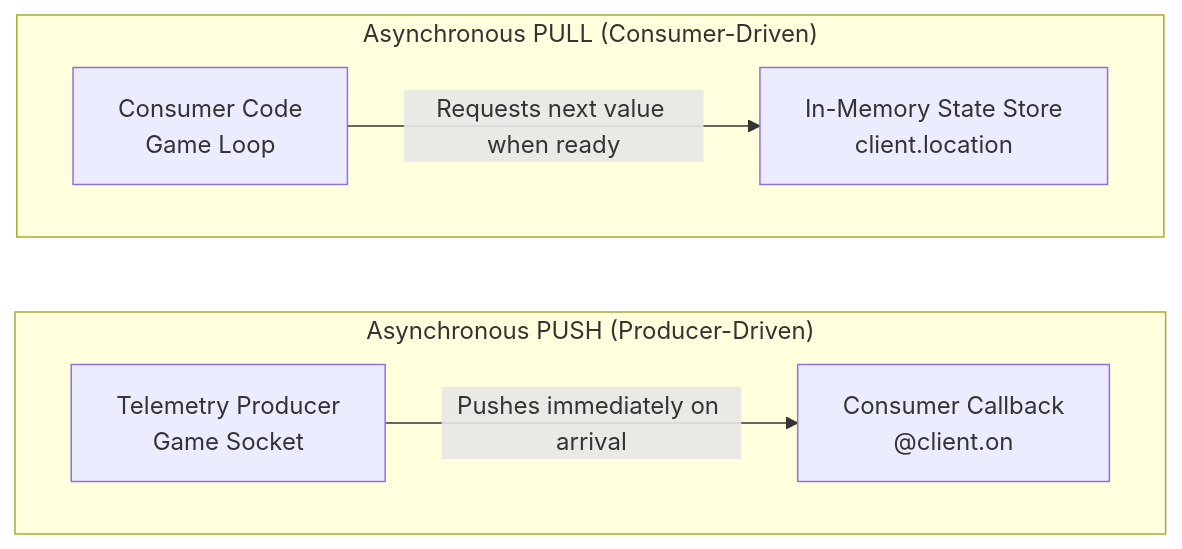
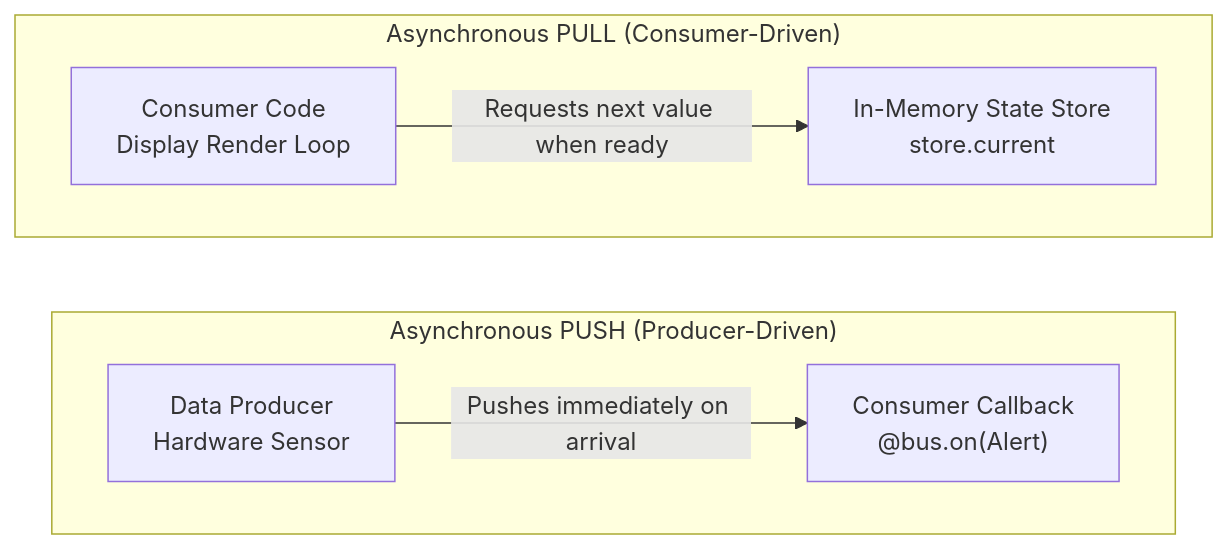
Before and after one commit to mnaatjes/ed-fleet-client: the tenth of 10 diagrams in architecture/notes/event_driven_telemetry_and_state_fundamentals.md, drawn with Mermaid. The commit also changed other lines of this file, not shown here.

Commit message:
docs(architecture): rewrite fundamentals primer with domain-agnostic examples

````diff
--- a/architecture/notes/event_driven_telemetry_and_state_fundamentals.md
+++ b/architecture/notes/event_driven_telemetry_and_state_fundamentals.md
@@ -440,12 +416,12 @@
 ```mermaid
 flowchart LR
     subgraph Push ["Asynchronous PUSH (Producer-Driven)"]
         direction LR
-        Prod["Telemetry Producer<br/>Game Socket"] -->|Pushes immediately on arrival| PushConsumer["Consumer Callback<br/>@client.on"]
+        Prod["Data Producer<br/>Hardware Sensor"] -->|Pushes immediately on arrival| PushConsumer["Consumer Callback<br/>@bus.on(Alert)"]
     end
 
     subgraph Pull ["Asynchronous PULL (Consumer-Driven)"]
         direction LR
-        PullConsumer["Consumer Code<br/>Game Loop"] -->|Requests next value when ready| StateStore["In-Memory State Store<br/>client.location"]
+        PullConsumer["Consumer Code<br/>Display Render Loop"] -->|Requests next value when ready| StateStore["In-Memory State Store<br/>store.current"]
     end
 ```
````
